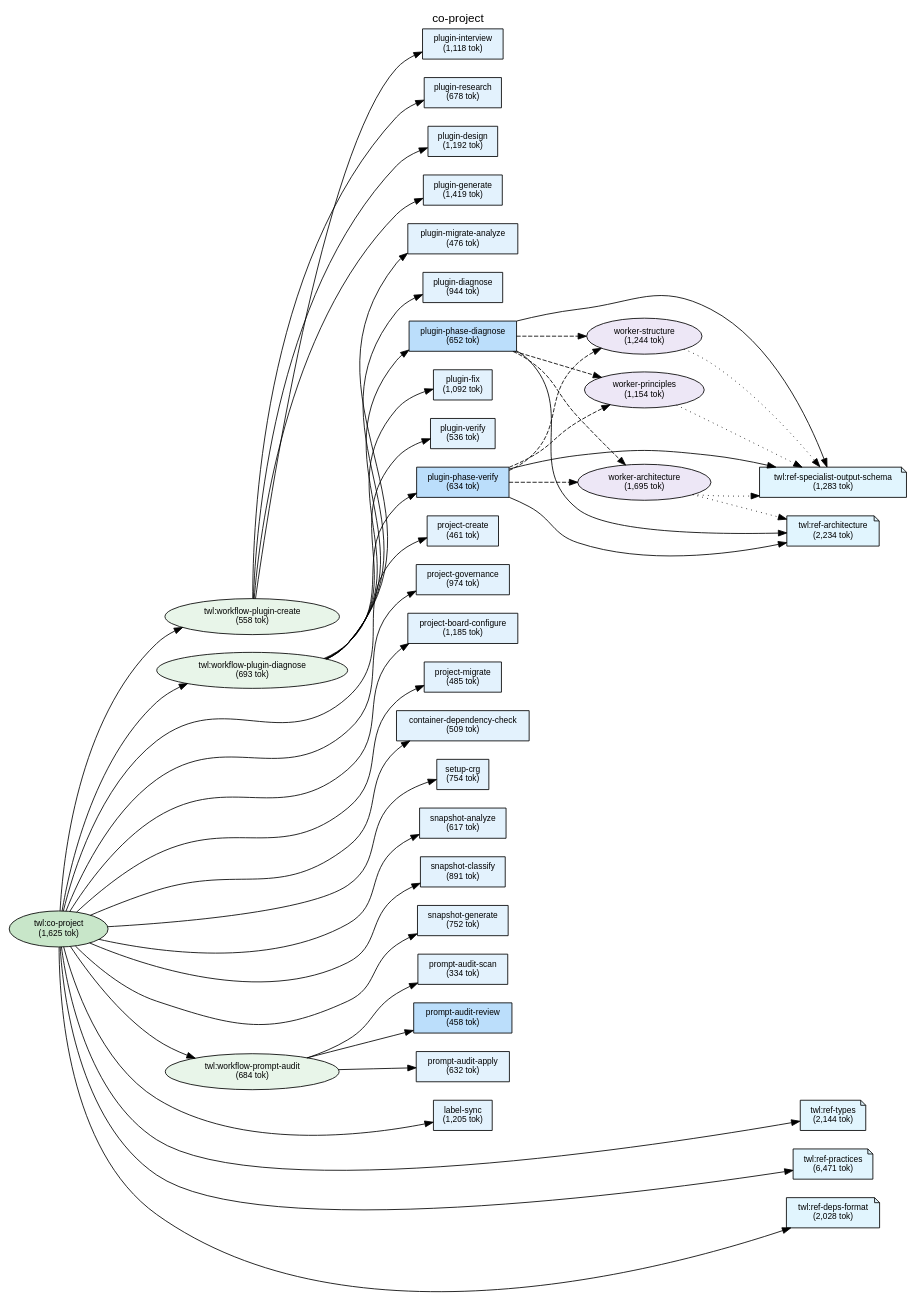
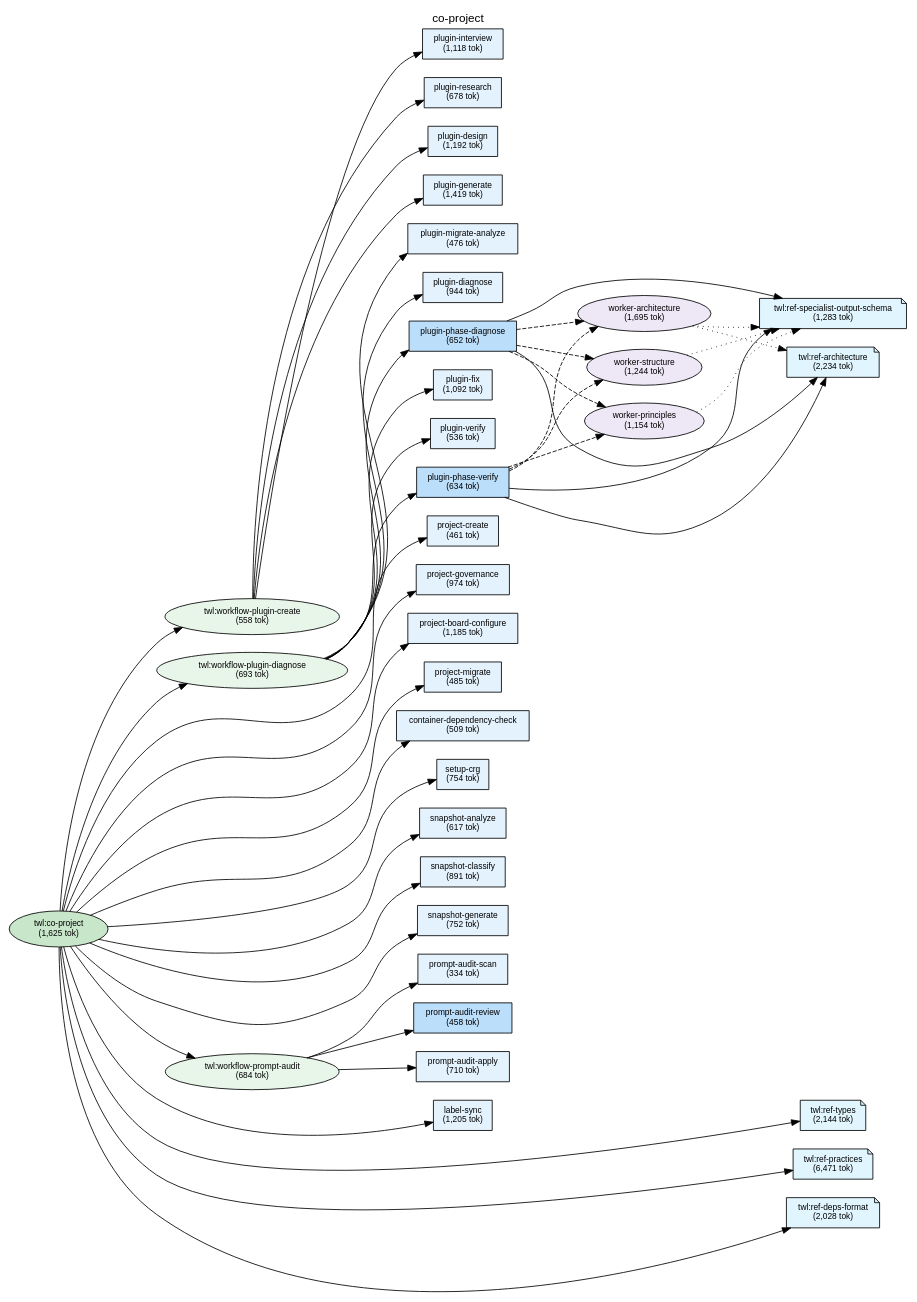
One commit to shuu5/twill changed the diagram in plugins/twl/docs/deps-co-project.dot. Above: the diagram before and after it, drawn with Graphviz. The commit also changed 40 other files, not shown here.

```diff
--- a/plugins/twl/docs/deps-co-project.dot
+++ b/plugins/twl/docs/deps-co-project.dot
@@ -1,155 +1,158 @@
 digraph Dependencies {
     // Graph settings
     rankdir=LR;
     ranksep=0.8;
     nodesep=0.3;
     fontname="Helvetica";
     node [fontname="Helvetica", fontsize=10];
     edge [fontname="Helvetica", fontsize=9];
     label="co-project";
     labelloc=t;
     fontsize=14;
 
     // L0: Controller Skills
     skill_co_project [label="twl:co-project\n(1,625 tok)", shape=ellipse, style=filled, fillcolor="#c8e6c9"];
 
     // L0: Launchers
 
     // L0.5: Workflow Skills
     skill_workflow_plugin_create [label="twl:workflow-plugin-create\n(558 tok)", shape=ellipse, style=filled, fillcolor="#e8f5e9"];
     skill_workflow_plugin_diagnose [label="twl:workflow-plugin-diagnose\n(693 tok)", shape=ellipse, style=filled, fillcolor="#e8f5e9"];
     skill_workflow_prompt_audit [label="twl:workflow-prompt-audit\n(684 tok)", shape=ellipse, style=filled, fillcolor="#e8f5e9"];
 
     // Reference Skills
     skill_ref_specialist_output_schema [label="twl:ref-specialist-output-schema\n(1,283 tok)", shape=note, style=filled, fillcolor="#e1f5fe"];
     skill_ref_types [label="twl:ref-types\n(2,144 tok)", shape=note, style=filled, fillcolor="#e1f5fe"];
     skill_ref_practices [label="twl:ref-practices\n(6,471 tok)", shape=note, style=filled, fillcolor="#e1f5fe"];
     skill_ref_deps_format [label="twl:ref-deps-format\n(2,028 tok)", shape=note, style=filled, fillcolor="#e1f5fe"];
     skill_ref_architecture [label="twl:ref-architecture\n(2,234 tok)", shape=note, style=filled, fillcolor="#e1f5fe"];
 
     // L1: Direct Commands
     cmd_label_sync [label="label-sync\n(1,205 tok)", shape=box, style=filled, fillcolor="#e3f2fd"];
     cmd_project_create [label="project-create\n(461 tok)", shape=box, style=filled, fillcolor="#e3f2fd"];
     cmd_project_board_configure [label="project-board-configure\n(1,185 tok)", shape=box, style=filled, fillcolor="#e3f2fd"];
     cmd_project_governance [label="project-governance\n(974 tok)", shape=box, style=filled, fillcolor="#e3f2fd"];
     cmd_project_migrate [label="project-migrate\n(485 tok)", shape=box, style=filled, fillcolor="#e3f2fd"];
     cmd_container_dependency_check [label="container-dependency-check\n(509 tok)", shape=box, style=filled, fillcolor="#e3f2fd"];
     cmd_setup_crg [label="setup-crg\n(754 tok)", shape=box, style=filled, fillcolor="#e3f2fd"];
     cmd_snapshot_analyze [label="snapshot-analyze\n(617 tok)", shape=box, style=filled, fillcolor="#e3f2fd"];
     cmd_snapshot_classify [label="snapshot-classify\n(891 tok)", shape=box, style=filled, fillcolor="#e3f2fd"];
     cmd_snapshot_generate [label="snapshot-generate\n(752 tok)", shape=box, style=filled, fillcolor="#e3f2fd"];
     cmd_plugin_interview [label="plugin-interview\n(1,118 tok)", shape=box, style=filled, fillcolor="#e3f2fd"];
     cmd_plugin_research [label="plugin-research\n(678 tok)", shape=box, style=filled, fillcolor="#e3f2fd"];
     cmd_plugin_design [label="plugin-design\n(1,192 tok)", shape=box, style=filled, fillcolor="#e3f2fd"];
     cmd_plugin_generate [label="plugin-generate\n(1,419 tok)", shape=box, style=filled, fillcolor="#e3f2fd"];
     cmd_plugin_migrate_analyze [label="plugin-migrate-analyze\n(476 tok)", shape=box, style=filled, fillcolor="#e3f2fd"];
     cmd_prompt_audit_scan [label="prompt-audit-scan\n(334 tok)", shape=box, style=filled, fillcolor="#e3f2fd"];
     cmd_prompt_audit_review [label="prompt-audit-review\n(458 tok)", shape=box, style=filled, fillcolor="#bbdefb"];
-    cmd_prompt_audit_apply [label="prompt-audit-apply\n(632 tok)", shape=box, style=filled, fillcolor="#e3f2fd"];
+    cmd_prompt_audit_apply [label="prompt-audit-apply\n(710 tok)", shape=box, style=filled, fillcolor="#e3f2fd"];
     cmd_plugin_diagnose [label="plugin-diagnose\n(944 tok)", shape=box, style=filled, fillcolor="#e3f2fd"];
     cmd_plugin_fix [label="plugin-fix\n(1,092 tok)", shape=box, style=filled, fillcolor="#e3f2fd"];
     cmd_plugin_verify [label="plugin-verify\n(536 tok)", shape=box, style=filled, fillcolor="#e3f2fd"];
     cmd_plugin_phase_diagnose [label="plugin-phase-diagnose\n(652 tok)", shape=box, style=filled, fillcolor="#bbdefb"];
     cmd_plugin_phase_verify [label="plugin-phase-verify\n(634 tok)", shape=box, style=filled, fillcolor="#bbdefb"];
 
     // L2: Sub Commands
 
     // L3: Agents
     agent_worker_structure [label="worker-structure\n(1,244 tok)", shape=ellipse, style=filled, fillcolor="#ede7f6"];
     agent_worker_principles [label="worker-principles\n(1,154 tok)", shape=ellipse, style=filled, fillcolor="#ede7f6"];
     agent_worker_architecture [label="worker-architecture\n(1,695 tok)", shape=ellipse, style=filled, fillcolor="#ede7f6"];
 
     // L3.5: Scripts
 
     // L4: External
 
     // Layer constraints
     { rank=same; skill_co_project; }
     { rank=same; skill_workflow_plugin_create; skill_workflow_plugin_diagnose; skill_workflow_prompt_audit; }
     { rank=same; skill_ref_specialist_output_schema; skill_ref_types; skill_ref_practices; skill_ref_deps_format; skill_ref_architecture; }
     { rank=same; cmd_label_sync; cmd_project_create; cmd_project_board_configure; cmd_project_governance; cmd_project_migrate; cmd_container_dependency_check; cmd_setup_crg; cmd_snapshot_analyze; cmd_snapshot_classify; cmd_snapshot_generate; cmd_plugin_interview; cmd_plugin_research; cmd_plugin_design; cmd_plugin_generate; cmd_plugin_migrate_analyze; cmd_prompt_audit_scan; cmd_prompt_audit_review; cmd_prompt_audit_apply; cmd_plugin_diagnose; cmd_plugin_fix; cmd_plugin_verify; cmd_plugin_phase_diagnose; cmd_plugin_phase_verify; }
     { rank=same; agent_worker_structure; agent_worker_principles; agent_worker_architecture; }
 
     // Edges
     skill_co_project -> cmd_project_create;
     skill_co_project -> cmd_project_governance;
     skill_co_project -> cmd_project_board_configure;
     skill_co_project -> cmd_project_migrate;
     skill_co_project -> cmd_container_dependency_check;
     skill_co_project -> cmd_setup_crg;
     skill_co_project -> cmd_snapshot_analyze;
     skill_co_project -> cmd_snapshot_classify;
     skill_co_project -> cmd_snapshot_generate;
     skill_co_project -> skill_workflow_plugin_create;
     skill_co_project -> skill_workflow_plugin_diagnose;
     skill_co_project -> skill_workflow_prompt_audit;
     skill_co_project -> cmd_label_sync;
     skill_co_project -> skill_ref_types;
     skill_co_project -> skill_ref_practices;
     skill_co_project -> skill_ref_deps_format;
     skill_workflow_plugin_create -> cmd_plugin_interview;
     skill_workflow_plugin_create -> cmd_plugin_research;
     skill_workflow_plugin_create -> cmd_plugin_design;
     skill_workflow_plugin_create -> cmd_plugin_generate;
     skill_workflow_plugin_diagnose -> cmd_plugin_migrate_analyze;
     skill_workflow_plugin_diagnose -> cmd_plugin_diagnose;
     skill_workflow_plugin_diagnose -> cmd_plugin_phase_diagnose;
     skill_workflow_plugin_diagnose -> cmd_plugin_fix;
     skill_workflow_plugin_diagnose -> cmd_plugin_verify;
     skill_workflow_plugin_diagnose -> cmd_plugin_phase_verify;
     skill_workflow_prompt_audit -> cmd_prompt_audit_scan;
     skill_workflow_prompt_audit -> cmd_prompt_audit_review;
     skill_workflow_prompt_audit -> cmd_prompt_audit_apply;
     cmd_plugin_phase_diagnose -> agent_worker_structure [style=dashed];
     cmd_plugin_phase_diagnose -> agent_worker_principles [style=dashed];
     cmd_plugin_phase_diagnose -> agent_worker_architecture [style=dashed];
     cmd_plugin_phase_diagnose -> skill_ref_specialist_output_schema;
     cmd_plugin_phase_diagnose -> skill_ref_architecture;
     cmd_plugin_phase_verify -> agent_worker_structure [style=dashed];
     cmd_plugin_phase_verify -> agent_worker_principles [style=dashed];
     cmd_plugin_phase_verify -> agent_worker_architecture [style=dashed];
     cmd_plugin_phase_verify -> skill_ref_specialist_output_schema;
     cmd_plugin_phase_verify -> skill_ref_architecture;
     agent_worker_structure -> skill_ref_specialist_output_schema [style=dotted];
     agent_worker_principles -> skill_ref_specialist_output_schema [style=dotted];
     agent_worker_architecture -> skill_ref_specialist_output_schema [style=dotted];
     agent_worker_architecture -> skill_ref_architecture [style=dotted];
 
     // Ordering constraints (invisible edges)
     cmd_project_create -> cmd_project_governance [style=invis, weight=10];
     cmd_project_governance -> cmd_project_board_configure [style=invis, weight=10];
     cmd_project_board_configure -> cmd_project_migrate [style=invis, weight=10];
     cmd_project_migrate -> cmd_container_dependency_check [style=invis, weight=10];
     cmd_container_dependency_check -> cmd_setup_crg [style=invis, weight=10];
     cmd_setup_crg -> cmd_snapshot_analyze [style=invis, weight=10];
     cmd_snapshot_analyze -> cmd_snapshot_classify [style=invis, weight=10];
     cmd_snapshot_classify -> cmd_snapshot_generate [style=invis, weight=10];
     cmd_snapshot_generate -> skill_workflow_plugin_create [style=invis, weight=10];
     skill_workflow_plugin_create -> skill_workflow_plugin_diagnose [style=invis, weight=10];
     skill_workflow_plugin_diagnose -> skill_workflow_prompt_audit [style=invis, weight=10];
     skill_workflow_prompt_audit -> cmd_label_sync [style=invis, weight=10];
     cmd_label_sync -> skill_ref_types [style=invis, weight=10];
     skill_ref_types -> skill_ref_practices [style=invis, weight=10];
     skill_ref_practices -> skill_ref_deps_format [style=invis, weight=10];
     cmd_plugin_interview -> cmd_plugin_research [style=invis, weight=10];
     cmd_plugin_research -> cmd_plugin_design [style=invis, weight=10];
     cmd_plugin_design -> cmd_plugin_generate [style=invis, weight=10];
     cmd_plugin_migrate_analyze -> cmd_plugin_diagnose [style=invis, weight=10];
     cmd_plugin_diagnose -> cmd_plugin_phase_diagnose [style=invis, weight=10];
     cmd_plugin_phase_diagnose -> cmd_plugin_fix [style=invis, weight=10];
     cmd_plugin_fix -> cmd_plugin_verify [style=invis, weight=10];
     cmd_plugin_verify -> cmd_plugin_phase_verify [style=invis, weight=10];
     cmd_prompt_audit_scan -> cmd_prompt_audit_review [style=invis, weight=10];
     cmd_prompt_audit_review -> cmd_prompt_audit_apply [style=invis, weight=10];
     agent_worker_structure -> agent_worker_principles [style=invis, weight=10];
     agent_worker_principles -> agent_worker_architecture [style=invis, weight=10];
     agent_worker_architecture -> skill_ref_specialist_output_schema [style=invis, weight=10];
     skill_ref_specialist_output_schema -> skill_ref_architecture [style=invis, weight=10];
     agent_worker_structure -> agent_worker_principles [style=invis, weight=10];
     agent_worker_principles -> agent_worker_architecture [style=invis, weight=10];
     agent_worker_architecture -> skill_ref_specialist_output_schema [style=invis, weight=10];
     skill_ref_specialist_output_schema -> skill_ref_architecture [style=invis, weight=10];
     agent_worker_structure -> agent_worker_principles [style=invis, weight=10];
+    agent_worker_architecture -> agent_worker_structure [style=invis, weight=10];
+    agent_worker_structure -> agent_worker_principles [style=invis, weight=10];
+    agent_worker_principles -> skill_ref_specialist_output_schema [style=invis, weight=10];
     agent_worker_structure -> agent_worker_principles [style=invis, weight=10];
 
 }
```
